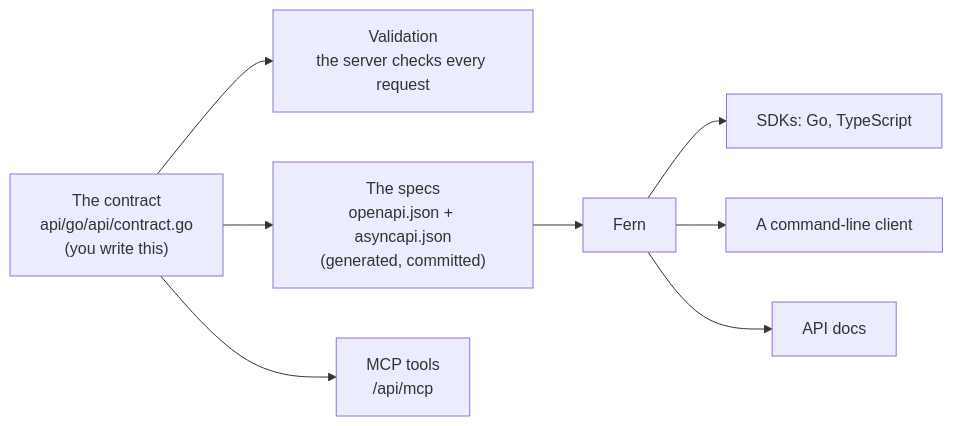
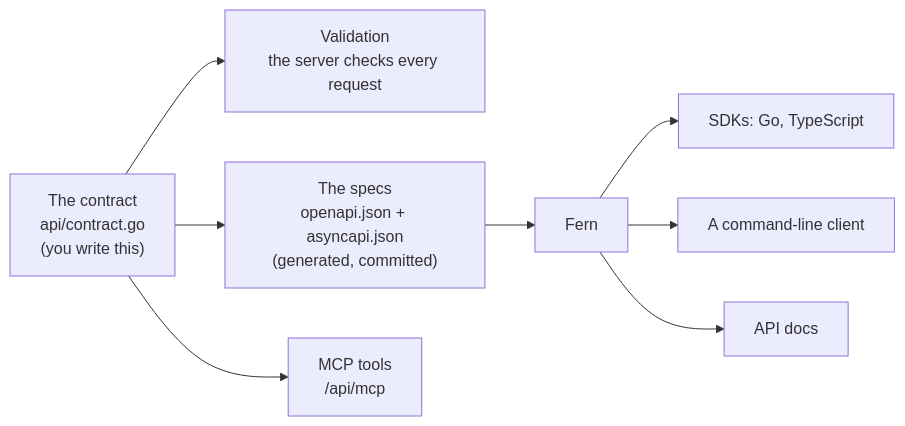
The diagram in docs/concepts/contract-first.md (joeblew999/charter), drawn with Mermaid before and after one commit. The commit also changed other lines of this file and 49 other files, not shown here.

Commit message:
docs follow the moves: paths, commands, task names, module paths and URLs (the pages themselves are step 3); the release config builds charter

````diff
--- a/docs/concepts/contract-first.md
+++ b/docs/concepts/contract-first.md
@@ -15,11 +15,11 @@
 ```mermaid
 flowchart LR
-    C["The contract<br/>api/go/api/contract.go<br/>(you write this)"]
+    C["The contract<br/>api/contract.go<br/>(you write this)"]
     C --> V["Validation<br/>the server checks every request"]
     C --> S["The specs<br/>openapi.json + asyncapi.json<br/>(generated, committed)"]
     C --> M["MCP tools<br/>/api/mcp"]
     S --> F["Fern"]
     F --> K["SDKs: Go, TypeScript"]
     F --> L["A command-line client"]
     F --> D["API docs"]
 ```
````
